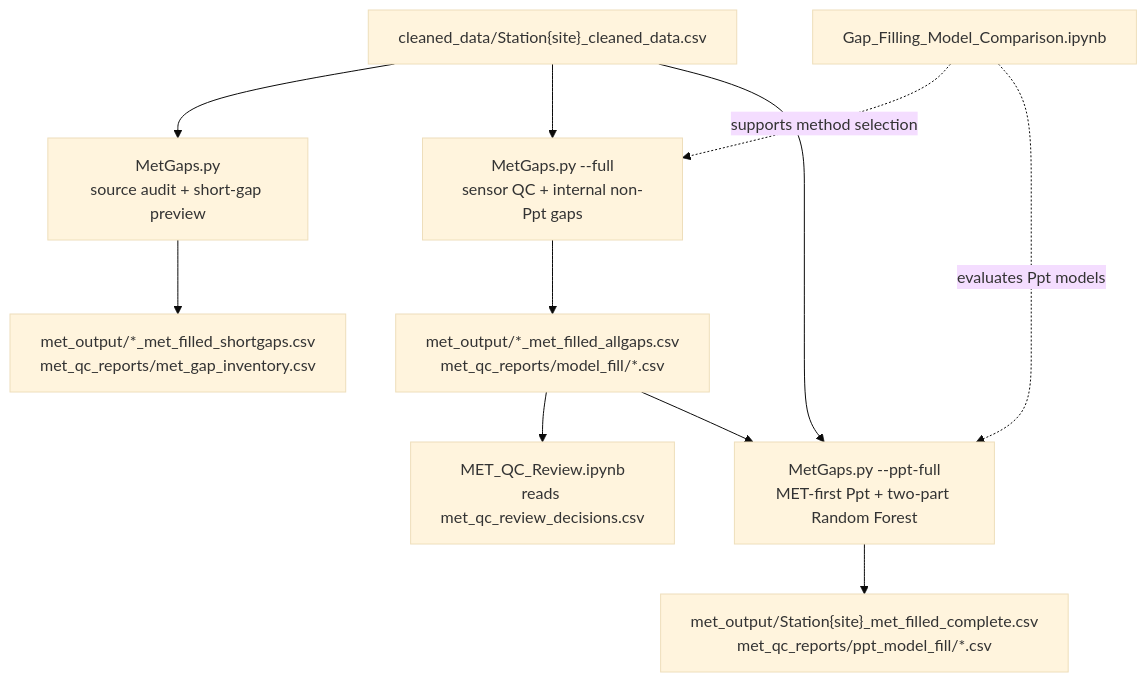
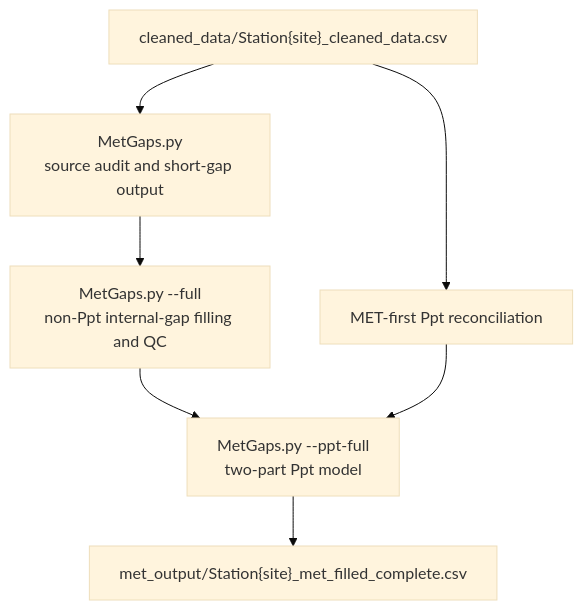
The third of 3 diagrams in data-cleanup/imputation_pipeline/TECHNICAL_NOTES_TxSON33.md (kiat/tx-soil-moisture), drawn with Mermaid (base theme) before and after one commit. The commit also changed other lines of this file and 1 other file, not shown here.

````diff
--- a/data-cleanup/imputation_pipeline/TECHNICAL_NOTES_TxSON33.md
+++ b/data-cleanup/imputation_pipeline/TECHNICAL_NOTES_TxSON33.md
@@ -134,14 +97,10 @@
 ```mermaid
 flowchart TD
     A["cleaned_data/Station{site}_cleaned_data.csv"]
-    A --> B["MetGaps.py<br/>source audit + short-gap preview"]
-    B --> BO["met_output/*_met_filled_shortgaps.csv<br/>met_qc_reports/met_gap_inventory.csv"]
-    A --> C["MetGaps.py --full<br/>sensor QC + internal non-Ppt gaps"]
-    C --> CO["met_output/*_met_filled_allgaps.csv<br/>met_qc_reports/model_fill/*.csv"]
-    CO --> D["MET_QC_Review.ipynb<br/>reads met_qc_review_decisions.csv"]
-    A --> E["MetGaps.py --ppt-full<br/>MET-first Ppt + two-part Random Forest"]
-    CO --> E
-    E --> EO["met_output/Station{site}_met_filled_complete.csv<br/>met_qc_reports/ppt_model_fill/*.csv"]
-    F["Gap_Filling_Model_Comparison.ipynb"] -. "supports method selection" .-> C
-    F -. "evaluates Ppt models" .-> E
+    A --> B["MetGaps.py<br/>source audit and short-gap output"]
+    B --> C["MetGaps.py --full<br/>non-Ppt internal-gap filling and QC"]
+    A --> D["MET-first Ppt reconciliation"]
+    C --> E["MetGaps.py --ppt-full<br/>two-part Ppt model"]
+    D --> E
+    E --> F["met_output/Station{site}_met_filled_complete.csv"]
 ```
````
